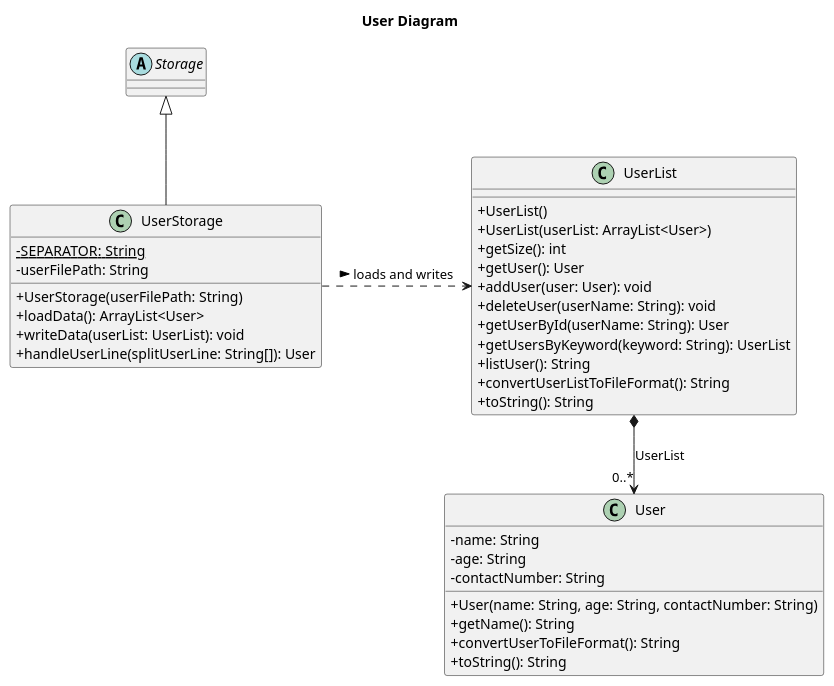
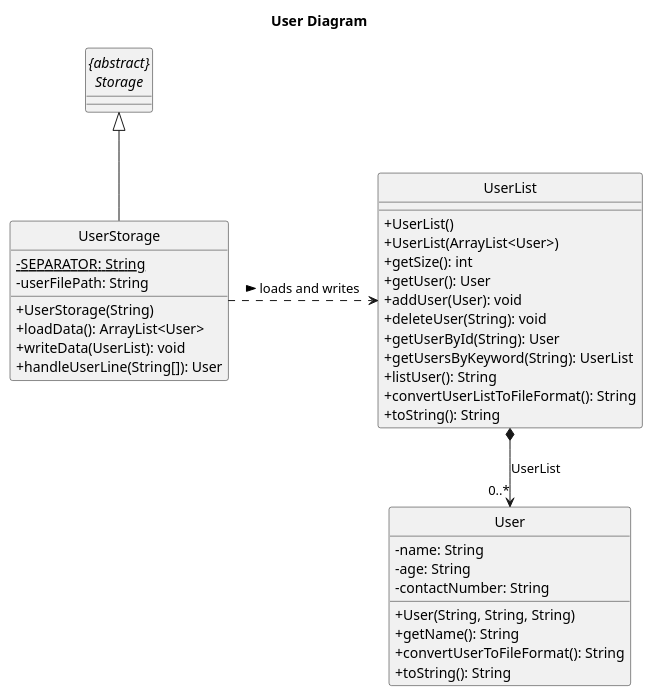
The diagram in docs/diagrams/user/UserClass.puml (nus-cs2113-AY2223S1/tp), drawn with PlantUML before and after one commit. The commit also changed 25 other files, not shown here.

Commit message:
Edit Class Diagrams (remove notations)

```diff
--- a/docs/diagrams/user/UserClass.puml
+++ b/docs/diagrams/user/UserClass.puml
@@ -1,49 +1,49 @@
 @startuml
 title User Diagram
 
 skinparam classAttributeIconSize 0
 hide footbox
+hide circle
 
 class User {
     - name: String
     - age: String
     - contactNumber: String
 
-    + User(name: String, age: String, contactNumber: String)
+    + User(String, String, String)
     + getName(): String
     + convertUserToFileFormat(): String
     + toString(): String
 }
 
 class UserList {
     + UserList()
-    + UserList(userList: ArrayList<User>)
+    + UserList(ArrayList<User>)
     + getSize(): int
     + getUser(): User
-    + addUser(user: User): void
-    + deleteUser(userName: String): void
-    + getUserById(userName: String): User
-    + getUsersByKeyword(keyword: String): UserList
+    + addUser(User): void
+    + deleteUser(String): void
+    + getUserById(String): User
+    + getUsersByKeyword(String): UserList
     + listUser(): String
     + convertUserListToFileFormat(): String
     + toString(): String
 }
 
 class UserStorage {
     {static} - SEPARATOR: String
     - userFilePath: String
-    + UserStorage(userFilePath: String)
+    + UserStorage(String)
     + loadData(): ArrayList<User>
-    + writeData(userList: UserList): void
-    + handleUserLine(splitUserLine: String[]): User
+    + writeData(UserList): void
+    + handleUserLine(String[]): User
 }
 
-
-abstract class Storage {
+abstract class "{abstract}\nStorage" {
 }
 
 UserStorage .> UserList : > loads and writes
 UserList *--> "0..*" User: UserList
-Storage <|-- UserStorage
+"{abstract}\nStorage" <|-- UserStorage
 
 @enduml
```
